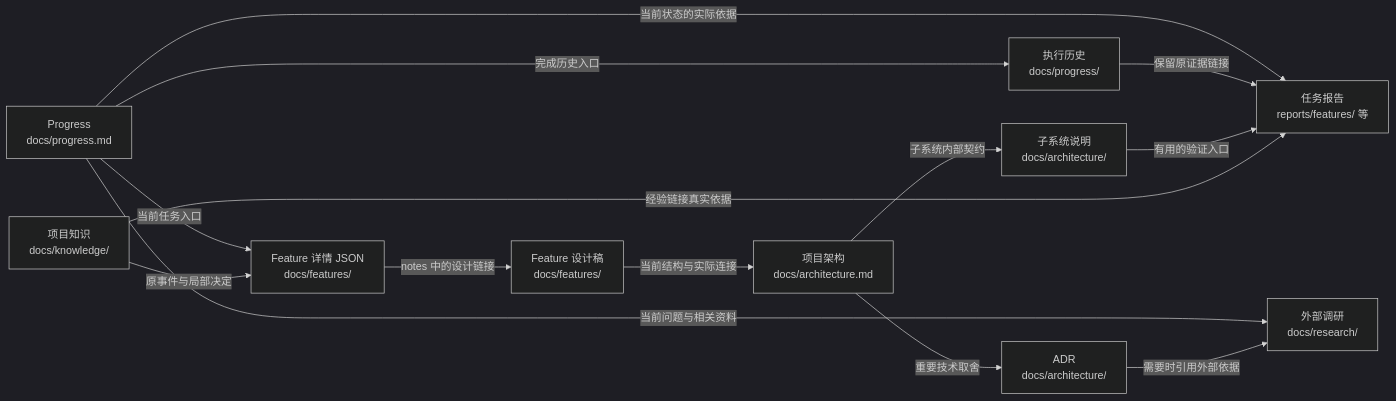
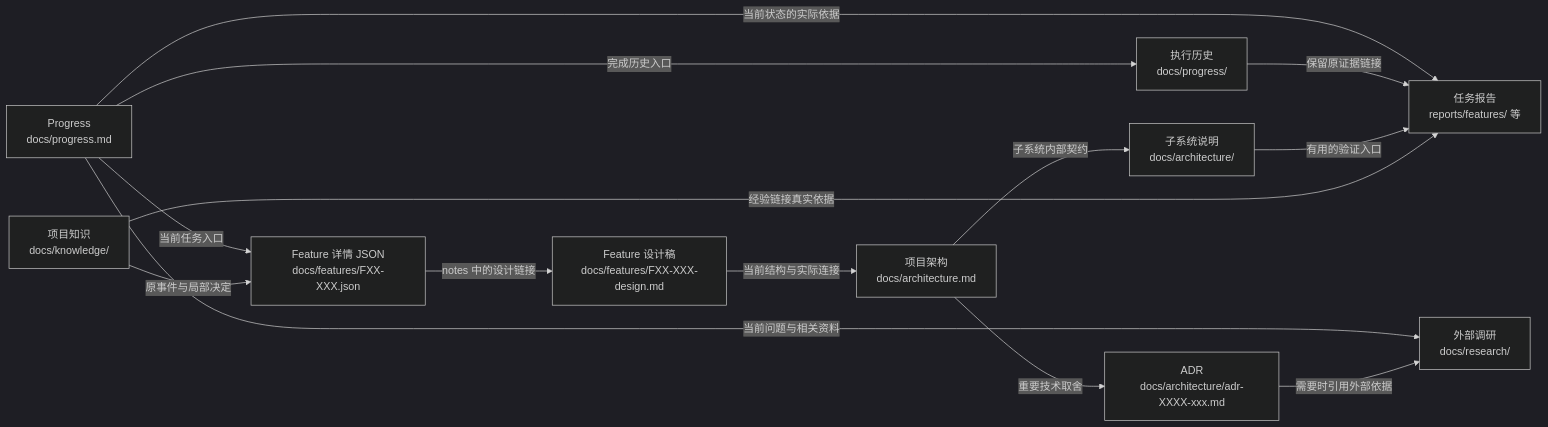
Before and after one commit to yxy823/Game_idle_yaya_frame: the first of 2 diagrams in framework/godot-project-manual/specialist-work-and-records/knowledge-and-records.md, drawn with Mermaid (dark theme). The commit also changed 10 other files, not shown here.

First line of the commit message:
feat(panorama): 文档关系的节点改用文件名标出，带编号的写成 FXX-XXX

````diff
--- a/framework/godot-project-manual/specialist-work-and-records/knowledge-and-records.md
+++ b/framework/godot-project-manual/specialist-work-and-records/knowledge-and-records.md
@@ -30,17 +30,17 @@
 ```mermaid
 flowchart LR
     progress["Progress<br/>docs/progress.md"]
-    progress -->|当前任务入口| feature["Feature 详情 JSON<br/>docs/features/"]
+    progress -->|当前任务入口| feature["Feature 详情 JSON<br/>docs/features/FXX-XXX.json"]
     progress -->|完成历史入口| history["执行历史<br/>docs/progress/"]
     progress -->|当前问题与相关资料| research["外部调研<br/>docs/research/"]
     progress -->|当前状态的实际依据| reports["任务报告<br/>reports/features/ 等"]
     history -->|保留原证据链接| reports
-    feature -->|notes 中的设计链接| design["Feature 设计稿<br/>docs/features/"]
+    feature -->|notes 中的设计链接| design["Feature 设计稿<br/>docs/features/FXX-XXX-design.md"]
     design -->|当前结构与实际连接| arch["项目架构<br/>docs/architecture.md"]
     arch -->|子系统内部契约| sub["子系统说明<br/>docs/architecture/"]
-    arch -->|重要技术取舍| adr["ADR<br/>docs/architecture/"]
+    arch -->|重要技术取舍| adr["ADR<br/>docs/architecture/adr-XXXX-xxx.md"]
     sub -->|有用的验证入口| reports
     adr -->|需要时引用外部依据| research
     knowledge["项目知识<br/>docs/knowledge/"] -->|原事件与局部决定| feature
     knowledge -->|经验链接真实依据| reports
 ```
````
